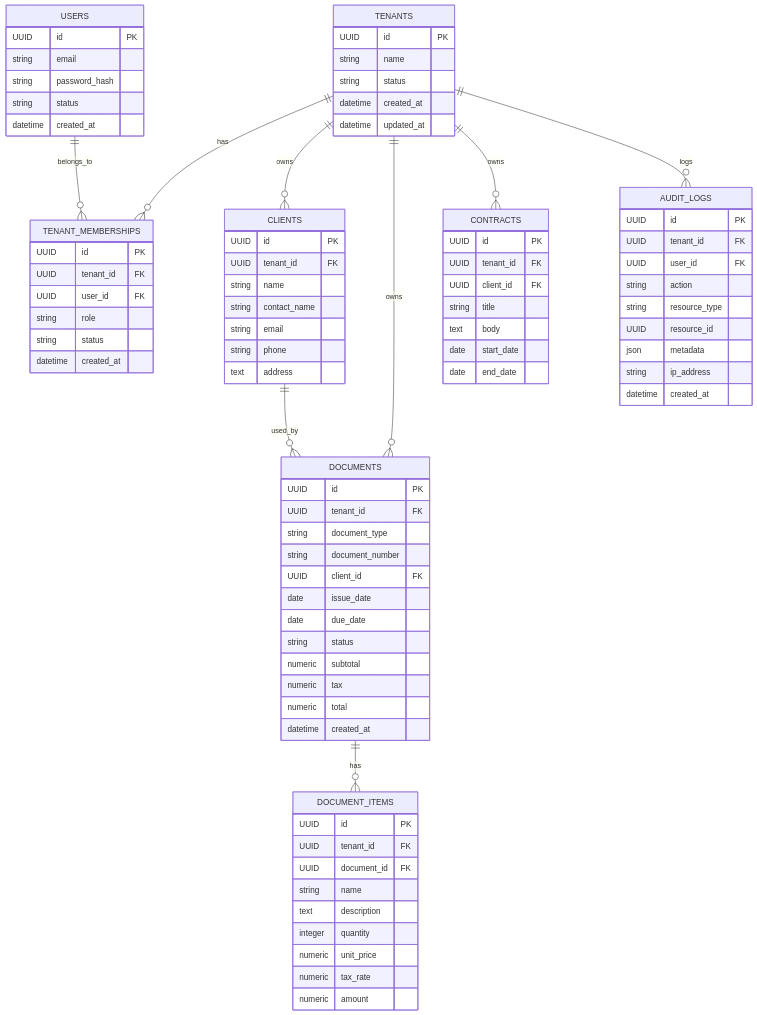
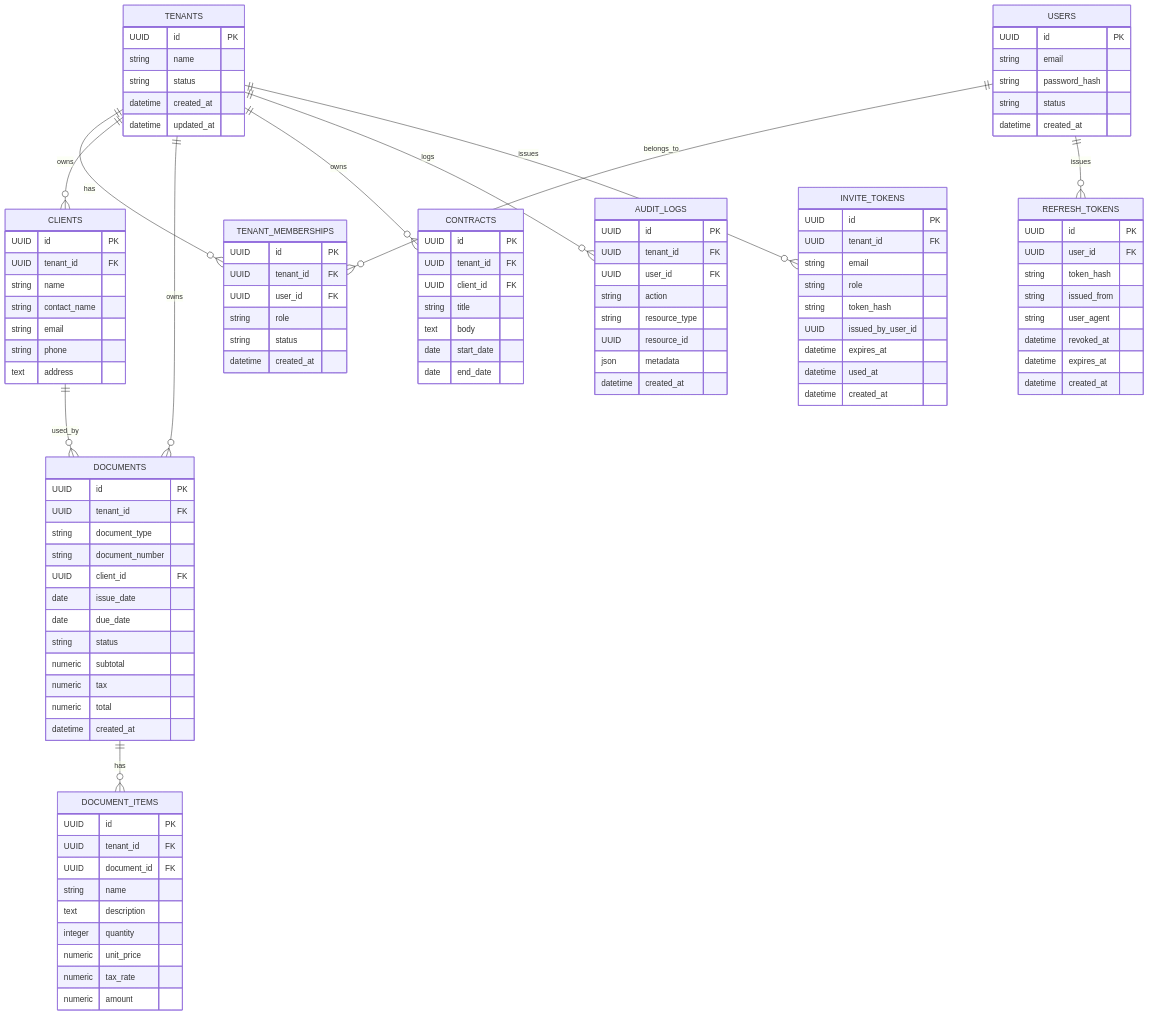
One commit to rikunuma/DocForge changed the diagram in docs/database/er.md. Above: the diagram before and after it, drawn with Mermaid. The commit also changed other lines of this file and 6 other files, not shown here.

````diff
--- a/docs/database/er.md
+++ b/docs/database/er.md
@@ -82,7 +84,29 @@
         string resource_type
         UUID resource_id
         json metadata
-        string ip_address
+        datetime created_at
+    }
+
+    INVITE_TOKENS {
+        UUID id PK
+        UUID tenant_id FK
+        string email
+        string role
+        string token_hash
+        UUID issued_by_user_id
+        datetime expires_at
+        datetime used_at
+        datetime created_at
+    }
+
+    REFRESH_TOKENS {
+        UUID id PK
+        UUID user_id FK
+        string token_hash
+        string issued_from
+        string user_agent
+        datetime revoked_at
+        datetime expires_at
         datetime created_at
     }
 
@@ -94,5 +118,7 @@
     DOCUMENTS ||--o{ DOCUMENT_ITEMS : has
     TENANTS ||--o{ CONTRACTS : owns
     TENANTS ||--o{ AUDIT_LOGS : logs
+    TENANTS ||--o{ INVITE_TOKENS : issues
+    USERS ||--o{ REFRESH_TOKENS : issues
 
 ```
````
